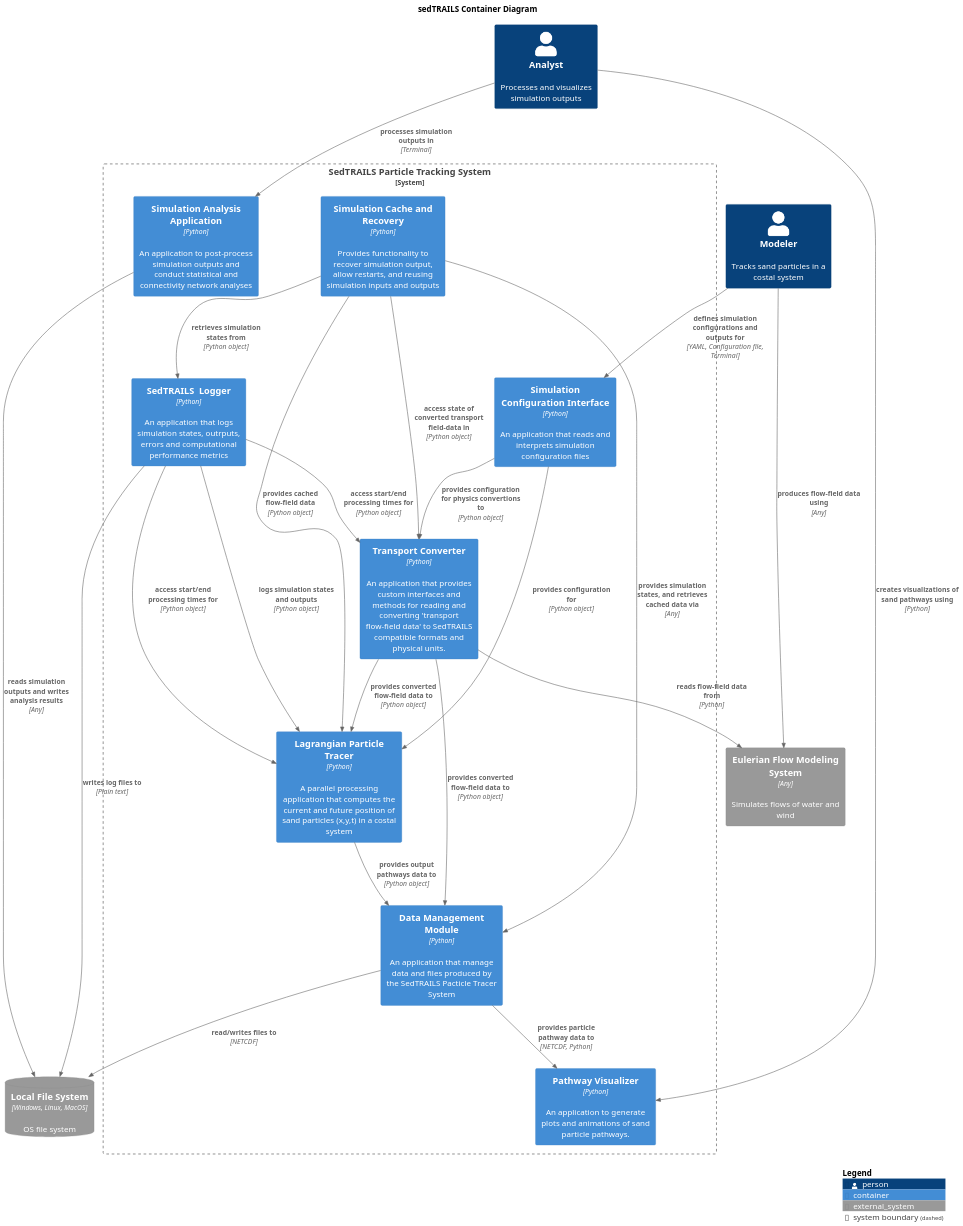
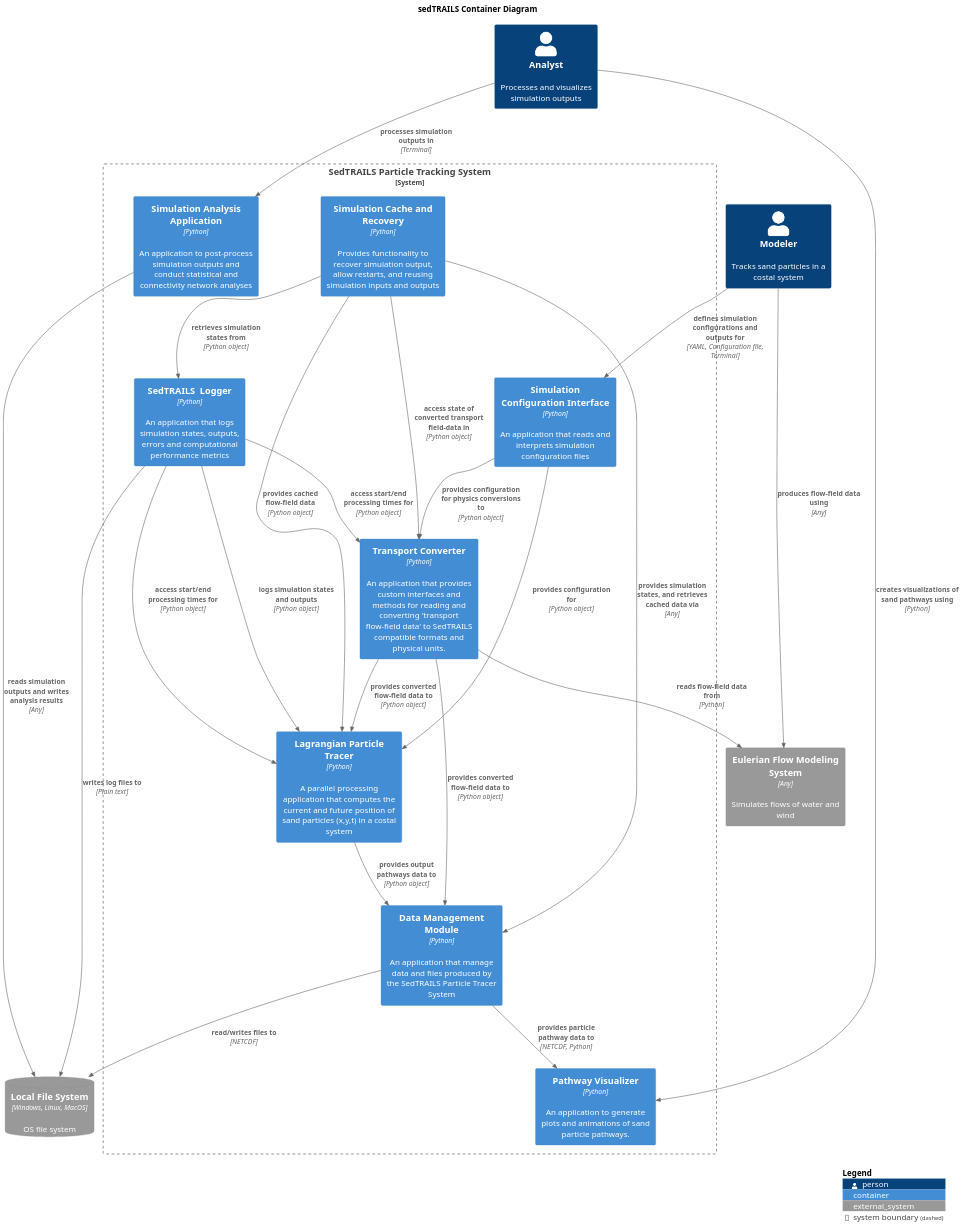
One commit to sgpearson17/sedtrails-sgp changed the diagram in diagrams/containers.puml. Above: the diagram before and after it, drawn with PlantUML. The commit also changed 14 other files, not shown here.

Commit message:
Fix typos in software diagrams and regenerate images

```diff
--- a/diagrams/containers.puml
+++ b/diagrams/containers.puml
@@ -1,52 +1,52 @@
 @startuml SedtrailContainer
 !include ./c4/C4_Container.puml
 
 title sedTRAILS Container Diagram
 scale 1.5
 ' LAYOUT_LANDSCAPE()
 
 Person(modeler, "Modeler", "Tracks sand particles in a costal system")
 Person(analyst, "Analyst", "Processes and visualizes simulation outputs")
 
 System_Boundary(sedtrailsSystem, "SedTRAILS Particle Tracking System"){ 
     Container(sedtrailsTracer, "Lagrangian Particle Tracer", "Python", "A parallel processing application that computes the current and future position of sand particles (x,y,t) in a costal system")
     Container(configInterface, "Simulation Configuration Interface", "Python", "An application that reads and interprets simulation configuration files")
-    Container(sedtrailsLogger, "SedTRAILS  Logger", "Python", "An application that logs simulation states, outrputs, errors and computational performance metrics")
+    Container(sedtrailsLogger, "SedTRAILS  Logger", "Python", "An application that logs simulation states, outputs, errors and computational performance metrics")
     Container(transportConverter, "Transport Converter", "Python", "An application that provides custom interfaces and methods for reading and converting 'transport flow-field data' to SedTRAILS compatible formats and physical units.")
     Container(pathwayVisualizer, "Pathway Visualizer", "Python", "An application to generate plots and animations of sand particle pathways.")
     Container(cache, "Simulation Cache and Recovery", "Python", "Provides functionality to recover simulation output, allow restarts, and reusing simulation inputs and outputs")
-    Container(dataManager, "Data Management Module", "Python", "An application that manage data and files produced by the SedTRAILS Pacticle Tracer System")
+    Container(dataManager, "Data Management Module", "Python", "An application that manage data and files produced by the SedTRAILS Particle Tracer System")
     Container(analystApp, "Simulation Analysis Application", "Python", "An application to post-process simulation outputs and conduct statistical and connectivity network analyses")
 
     Rel(sedtrailsLogger, transportConverter, "access start/end processing times for", "Python object")
     Rel(cache, sedtrailsLogger, "retrieves simulation states from", "Python object")
     Rel(sedtrailsLogger, sedtrailsTracer, "access start/end processing times for", "Python object")
     Rel(transportConverter, sedtrailsTracer, "provides converted flow-field data to", "Python object")
     Rel(sedtrailsLogger, sedtrailsTracer, "logs simulation states and outputs", "Python object")
     Rel(cache, sedtrailsTracer, "provides cached flow-field data", "Python object")
     Rel(cache, transportConverter, "access state of converted transport field-data in", "Python object")
-    Rel(configInterface, transportConverter, "provides configuration for physics convertions to", "Python object")
+    Rel(configInterface, transportConverter, "provides configuration for physics conversions to", "Python object")
     Rel(configInterface, sedtrailsTracer, "provides configuration for", "Python object")
     Rel(sedtrailsTracer, dataManager, "provides output pathways data to", "Python object")
     Rel(transportConverter, dataManager, "provides converted flow-field data to", "Python object") 
     Rel(cache, dataManager, "provides simulation states, and retrieves cached data via", "Any") 
     Rel(dataManager, pathwayVisualizer, "provides particle pathway data to", "NETCDF, Python")
 }
 System_Ext(flowSystem, "Eulerian Flow Modeling System", "Simulates flows of water and wind", $type="Any")
 
 SystemDb_Ext(fileSystem, "Local File System", "OS file system", $type="Windows, Linux, MacOS")
 
 Rel(dataManager, fileSystem, "read/writes files to", "NETCDF")
 Rel(modeler, configInterface, "defines simulation configurations and outputs for", "YAML, Configuration file, Terminal")
 
 Rel(analyst, pathwayVisualizer, "creates visualizations of sand pathways using", "Python")
 Rel(analyst, analystApp, "processes simulation outputs in", "Terminal")
 Rel(analystApp, fileSystem, "reads simulation outputs and writes analysis results", "Any")
 
 Rel(sedtrailsLogger, fileSystem, "writes log files to", "Plain text")
 
 Rel(modeler, flowSystem, "produces flow-field data using", "Any")
 Rel(transportConverter, flowSystem, "reads flow-field data from", "Python")
 
 SHOW_LEGEND()
 @enduml
```
